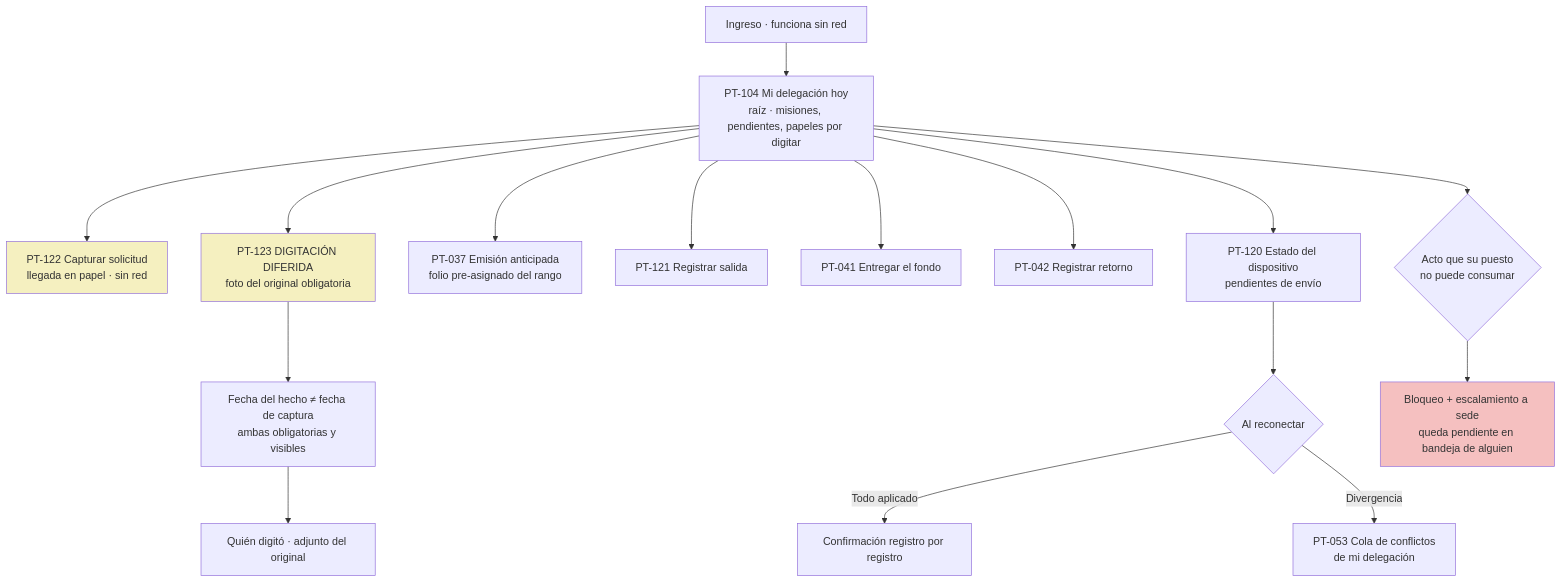
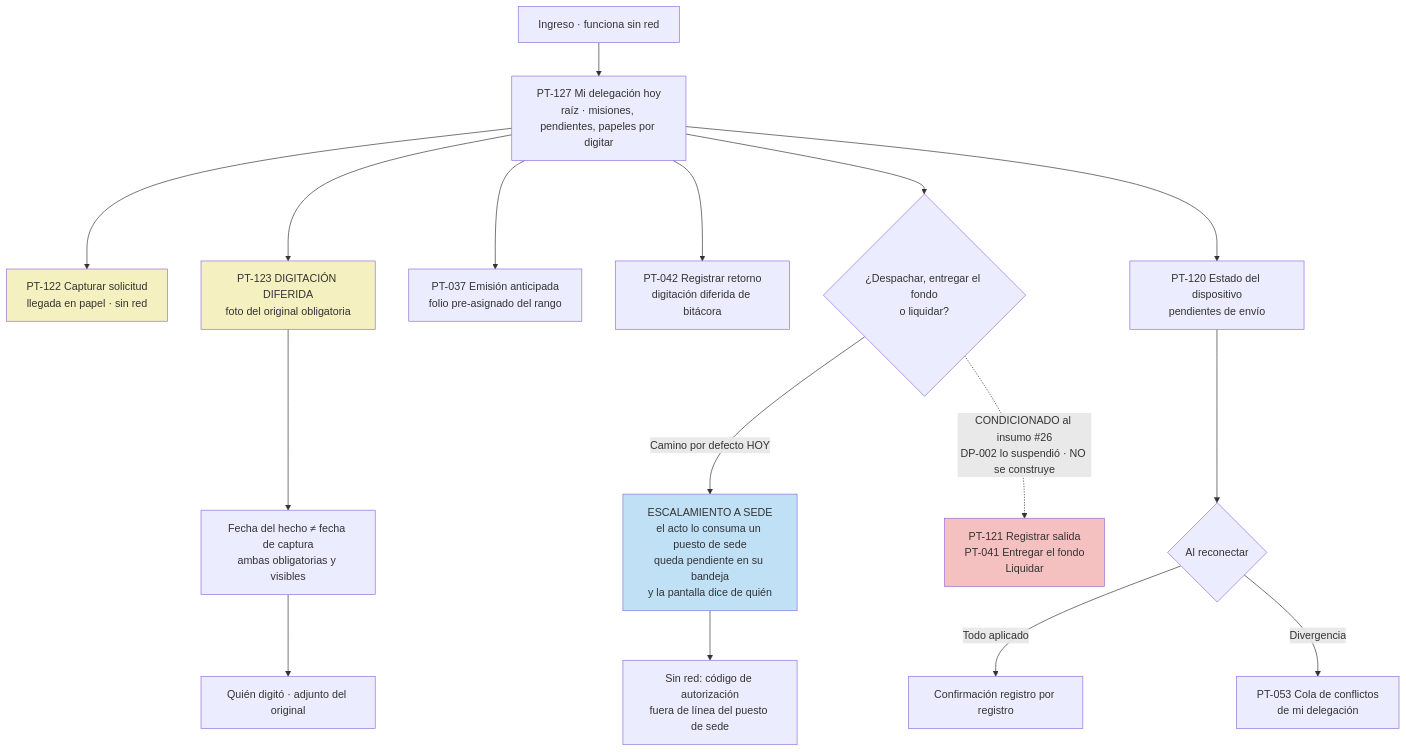
One commit to LuisDavidToruno/INM_TRANSPORTE changed the seventh of 11 diagrams in docs/04-diseno/mapa-de-navegacion.md. Above: the diagram before and after it, drawn with Mermaid. The commit also changed other lines of this file and 125 other files, not shown here.

````diff
--- a/docs/04-diseno/mapa-de-navegacion.md
+++ b/docs/04-diseno/mapa-de-navegacion.md
@@ -492,26 +544,28 @@
 ```mermaid
 flowchart TD
-    A["Ingreso · funciona sin red"] --> B["PT-104 Mi delegación hoy<br/>raíz · misiones, pendientes, papeles por digitar"]
+    A["Ingreso · funciona sin red"] --> B["PT-127 Mi delegación hoy<br/>raíz · misiones, pendientes, papeles por digitar"]
 
     B --> C["PT-122 Capturar solicitud<br/>llegada en papel · sin red"]
     B --> D["PT-123 DIGITACIÓN DIFERIDA<br/>foto del original obligatoria"]
     B --> E["PT-037 Emisión anticipada<br/>folio pre-asignado del rango"]
-    B --> F["PT-121 Registrar salida"]
-    B --> G["PT-041 Entregar el fondo"]
-    B --> H["PT-042 Registrar retorno"]
+    B --> H["PT-042 Registrar retorno<br/>digitación diferida de bitácora"]
 
     D --> D1["Fecha del hecho ≠ fecha de captura<br/>ambas obligatorias y visibles"]
     D1 --> D2["Quién digitó · adjunto del original"]
+
+    B --> P{"¿Despachar, entregar el fondo<br/>o liquidar?"}
+    P -->|"Camino por defecto HOY"| N["ESCALAMIENTO A SEDE<br/>el acto lo consuma un puesto de sede<br/>queda pendiente en su bandeja<br/>y la pantalla dice de quién"]
+    P -.->|"CONDICIONADO al insumo #26<br/>DP-002 lo suspendió · NO se construye"| Q["PT-121 Registrar salida<br/>PT-041 Entregar el fondo<br/>Liquidar"]
+
+    N --> N1["Sin red: código de autorización<br/>fuera de línea del puesto de sede"]
 
     B --> I["PT-120 Estado del dispositivo<br/>pendientes de envío"]
     I --> J{"Al reconectar"}
     J -->|"Todo aplicado"| K["Confirmación registro por registro"]
     J -->|"Divergencia"| L["PT-053 Cola de conflictos<br/>de mi delegación"]
 
-    B --> M{"Acto que su puesto<br/>no puede consumar"}
-    M --> N["Bloqueo + escalamiento a sede<br/>queda pendiente en bandeja de alguien"]
-
     style D fill:#f5f0c0
     style C fill:#f5f0c0
-    style N fill:#f5c0c0
+    style N fill:#c0e0f5
+    style Q fill:#f5c0c0
 ```
````
